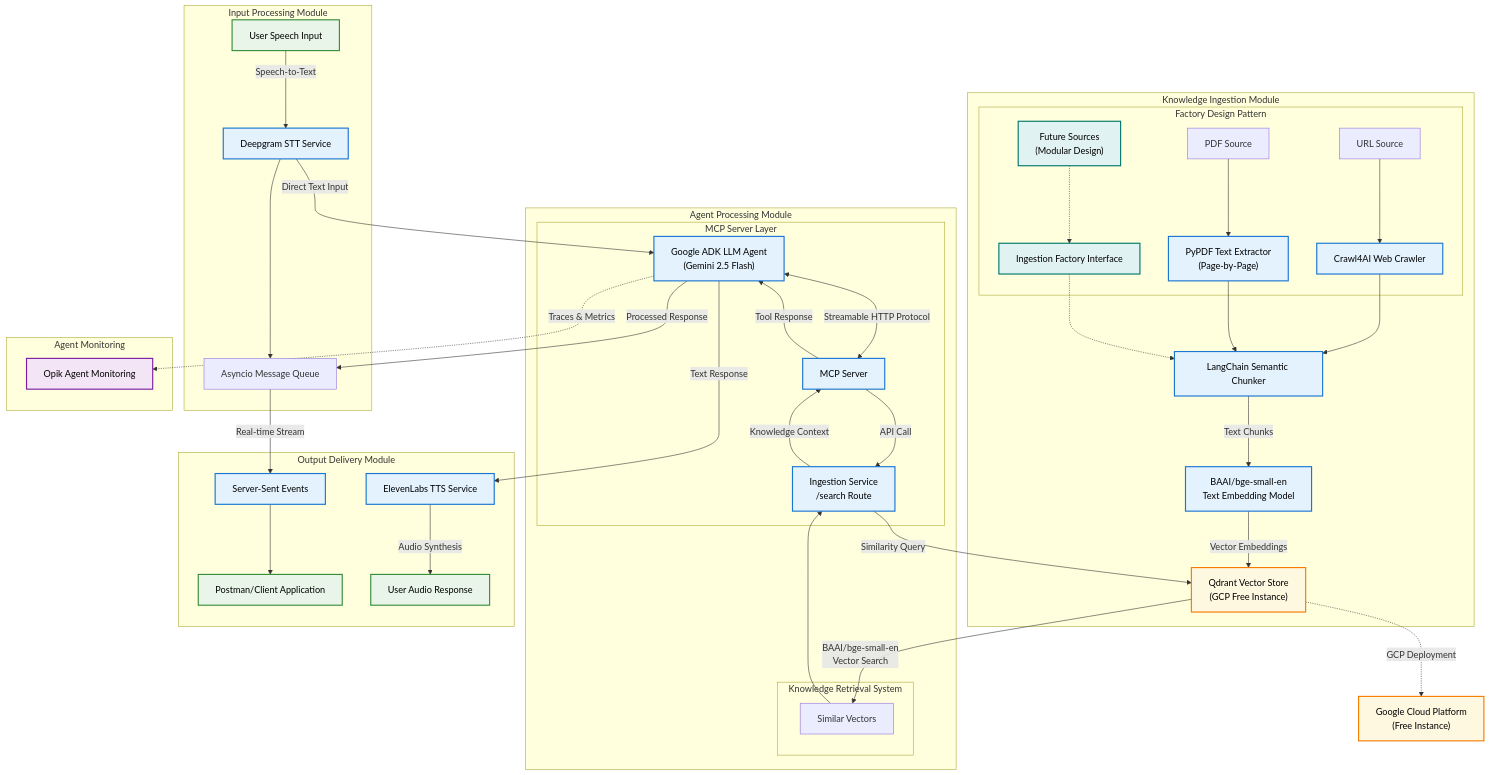
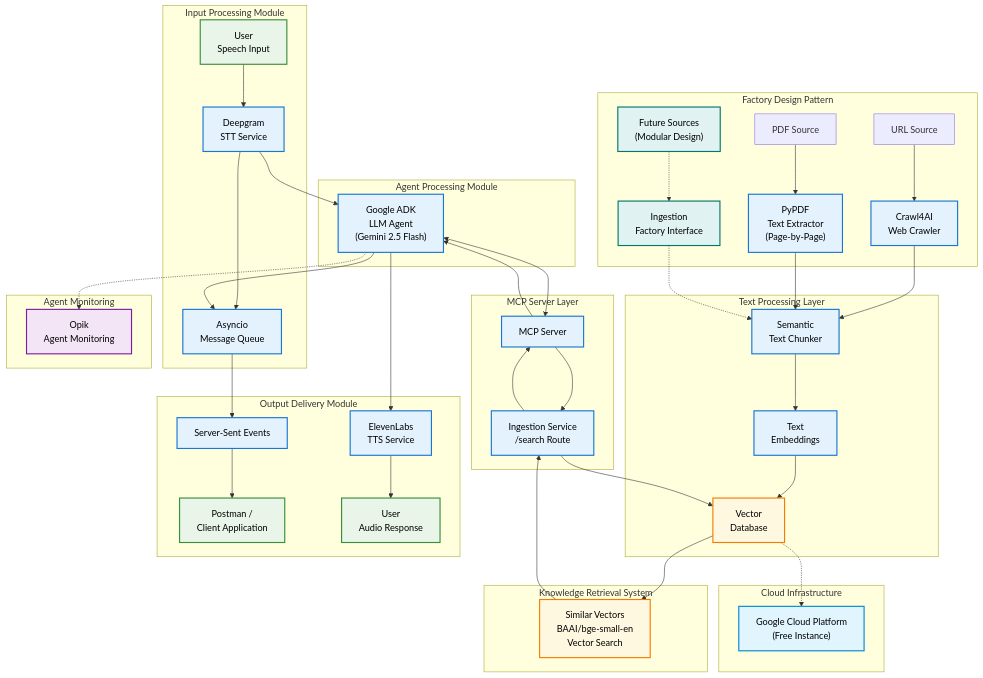
The diagram in README.md (RoboJunior/Voice-Agent), drawn with Mermaid before and after one commit.

Commit message:
Architecture Updated

````diff
--- a/README.md
+++ b/README.md
@@ -32,94 +32,126 @@
 ```mermaid
 flowchart TD
     subgraph InputModule["Input Processing Module"]
-            STT["Deepgram STT Service"]
-            UserInput["User Speech Input"]
-            Queue["Asyncio Message Queue"]
+        UserInput["User<br>Speech Input"]
+        STT["Deepgram<br>STT Service"]
+        Queue["Asyncio<br>Message Queue"]
     end
+    
     subgraph FactoryPattern["Factory Design Pattern"]
-            Crawl4AI["Crawl4AI Web Crawler"]
-            URLSource["URL Source"]
-            PyPDF["PyPDF Text Extractor<br>(Page-by-Page)"]
-            PDFSource["PDF Source"]
-            FactoryInterface["Ingestion Factory Interface"]
-            NewSource["Future Sources<br>(Modular Design)"]
+        URLSource["URL Source"]
+        PDFSource["PDF Source"]
+        NewSource["Future Sources<br>(Modular Design)"]
+        FactoryInterface["Ingestion<br>Factory Interface"]
+        Crawl4AI["Crawl4AI<br>Web Crawler"]
+        PyPDF["PyPDF<br>Text Extractor<br>(Page-by-Page)"]
     end
-    subgraph IngestionModule["Knowledge Ingestion Module"]
-            FactoryPattern
-            SemanticChunker["LangChain Semantic Chunker"]
-            Embeddings["BAAI/bge-small-en<br>Text Embedding Model"]
-            VectorStore["Qdrant Vector Store<br>(GCP Free Instance)"]
+    
+    subgraph ProcessingLayer["Text Processing Layer"]
+        SemanticChunker["Semantic<br>Text Chunker"]
+        Embeddings["Text<br>Embeddings"]
+        VectorStore["Vector<br>Database"]
     end
+    
     subgraph MCPLayer["MCP Server Layer"]
-            MCPServer["MCP Server"]
-            LLMAgent["Google ADK LLM Agent<br>(Gemini 2.5 Flash)"]
-            SearchRoute["Ingestion Service<br>/search Route"]
+        MCPServer["MCP Server"]
+        SearchRoute["Ingestion Service<br>/search Route"]
     end
+    
     subgraph KnowledgeRetrieval["Knowledge Retrieval System"]
-            SimilarityResults["Similar Vectors"]
+        SimilarityResults["Similar Vectors<br>BAAI/bge-small-en<br>Vector Search"]
     end
+    
     subgraph AgentModule["Agent Processing Module"]
-            MCPLayer
-            KnowledgeRetrieval
+        LLMAgent["Google ADK<br>LLM Agent<br>(Gemini 2.5 Flash)"]
     end
+    
     subgraph MonitoringModule["Agent Monitoring"]
-            OpikTracing["Opik Agent Monitoring"]
+        OpikTracing["Opik<br>Agent Monitoring"]
     end
+    
     subgraph OutputModule["Output Delivery Module"]
-            SSE["Server-Sent Events"]
-            PostmanClient["Postman/Client Application"]
-            TTS["ElevenLabs TTS Service"]
-            UserOutput["User Audio Response"]
+        SSE["Server-Sent Events"]
+        PostmanClient["Postman /<br>Client Application"]
+        TTS["ElevenLabs<br>TTS Service"]
+        UserOutput["User<br>Audio Response"]
     end
-        UserInput -- "Speech-to-Text" --> STT
-        STT --> Queue
-        URLSource --> Crawl4AI
-        PDFSource --> PyPDF
-        NewSource -.-> FactoryInterface
-        Crawl4AI --> SemanticChunker
-        PyPDF --> SemanticChunker
-        FactoryInterface -.-> SemanticChunker
-        SemanticChunker -- Text Chunks --> Embeddings
-        Embeddings -- Vector Embeddings --> VectorStore
-        STT -- Direct Text Input --> LLMAgent
-        LLMAgent <-- Streamable HTTP Protocol --> MCPServer
-        MCPServer -- API Call --> SearchRoute
-        SearchRoute -- Similarity Query --> VectorStore
-        VectorStore -- "BAAI/bge-small-en<br>Vector Search" --> SimilarityResults
-        SimilarityResults --> SearchRoute
-        SearchRoute -- Knowledge Context --> MCPServer
-        MCPServer -- Tool Response --> LLMAgent
-        LLMAgent -- Processed Response --> Queue
-        LLMAgent -. Traces & Metrics .-> OpikTracing
-        Queue -- "Real-time Stream" --> SSE
-        SSE --> PostmanClient
-        LLMAgent -- Text Response --> TTS
-        TTS -- Audio Synthesis --> UserOutput
-        VectorStore -. GCP Deployment .-> GCPCloud["Google Cloud Platform<br>(Free Instance)"]
-
-        UserInput:::userStyle
-        STT:::serviceStyle
-        Crawl4AI:::serviceStyle
-        PyPDF:::serviceStyle
-        NewSource:::factoryStyle
-        FactoryInterface:::factoryStyle
-        SemanticChunker:::serviceStyle
-        Embeddings:::serviceStyle
-        VectorStore:::databaseStyle
-        LLMAgent:::serviceStyle
-        MCPServer:::serviceStyle
-        SearchRoute:::serviceStyle
-        OpikTracing:::monitoringStyle
-        SSE:::serviceStyle
-        PostmanClient:::userStyle
-        TTS:::serviceStyle
-        UserOutput:::userStyle
-        GCPCloud:::databaseStyle
-        classDef moduleStyle fill:#f8f9fa,stroke:#495057,stroke-width:2px,color:#000
-        classDef serviceStyle fill:#e3f2fd,stroke:#1976d2,stroke-width:2px,color:#000
-        classDef databaseStyle fill:#fff8e1,stroke:#f57c00,stroke-width:2px,color:#000
-        classDef userStyle fill:#e8f5e8,stroke:#388e3c,stroke-width:2px,color:#000
-        classDef configStyle fill:#fce4ec,stroke:#c2185b,stroke-width:2px,color:#000
-        classDef monitoringStyle fill:#f3e5f5,stroke:#7b1fa2,stroke-width:2px,color:#000
-        classDef factoryStyle fill:#e0f2f1,stroke:#00796b,stroke-width:2px,color:#000
+    
+    subgraph CloudInfra["Cloud Infrastructure"]
+        GCPCloud["Google Cloud Platform<br>(Free Instance)"]
+    end
+    
+    %% Main Flow Connections
+    UserInput --> STT
+    STT --> Queue
+    
+    %% Data Ingestion Flow
+    URLSource --> Crawl4AI
+    PDFSource --> PyPDF
+    NewSource -.-> FactoryInterface
+    Crawl4AI --> SemanticChunker
+    PyPDF --> SemanticChunker
+    FactoryInterface -.-> SemanticChunker
+    
+    %% Processing Flow
+    SemanticChunker --> Embeddings
+    Embeddings --> VectorStore
+    
+    %% Agent Processing Flow
+    STT --> LLMAgent
+    LLMAgent <--> MCPServer
+    MCPServer --> SearchRoute
+    SearchRoute --> VectorStore
+    VectorStore --> SimilarityResults
+    SimilarityResults --> SearchRoute
+    SearchRoute --> MCPServer
+    MCPServer --> LLMAgent
+    
+    %% Output Flow
+    LLMAgent --> Queue
+    Queue --> SSE
+    SSE --> PostmanClient
+    LLMAgent --> TTS
+    TTS --> UserOutput
+    
+    %% Monitoring
+    LLMAgent -.-> OpikTracing
+    
+    %% Cloud Connection
+    VectorStore -.-> GCPCloud
+    
+    %% Styles
+    classDef moduleStyle fill:#f8f9fa,stroke:#495057,stroke-width:2px,color:#000
+    classDef serviceStyle fill:#e3f2fd,stroke:#1976d2,stroke-width:2px,color:#000
+    classDef databaseStyle fill:#fff8e1,stroke:#f57c00,stroke-width:2px,color:#000
+    classDef userStyle fill:#e8f5e8,stroke:#388e3c,stroke-width:2px,color:#000
+    classDef monitoringStyle fill:#f3e5f5,stroke:#7b1fa2,stroke-width:2px,color:#000
+    classDef factoryStyle fill:#e0f2f1,stroke:#00796b,stroke-width:2px,color:#000
+    classDef cloudStyle fill:#e1f5fe,stroke:#0288d1,stroke-width:2px,color:#000
+    
+    %% Apply styles
+    UserInput:::userStyle
+    UserOutput:::userStyle
+    PostmanClient:::userStyle
+    
+    STT:::serviceStyle
+    Crawl4AI:::serviceStyle
+    PyPDF:::serviceStyle
+    SemanticChunker:::serviceStyle
+    Embeddings:::serviceStyle
+    LLMAgent:::serviceStyle
+    MCPServer:::serviceStyle
+    SearchRoute:::serviceStyle
+    SSE:::serviceStyle
+    TTS:::serviceStyle
+    Queue:::serviceStyle
+    
+    VectorStore:::databaseStyle
+    SimilarityResults:::databaseStyle
+    
+    OpikTracing:::monitoringStyle
+    
+    NewSource:::factoryStyle
+    FactoryInterface:::factoryStyle
+    
+    GCPCloud:::cloudStyle
 ```
````
